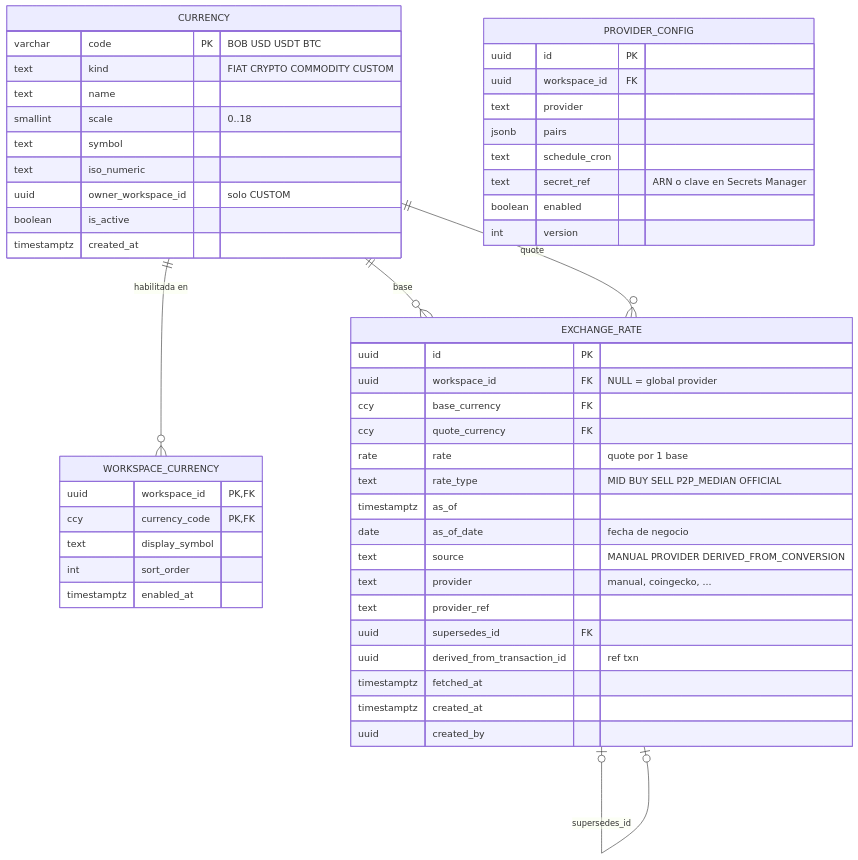
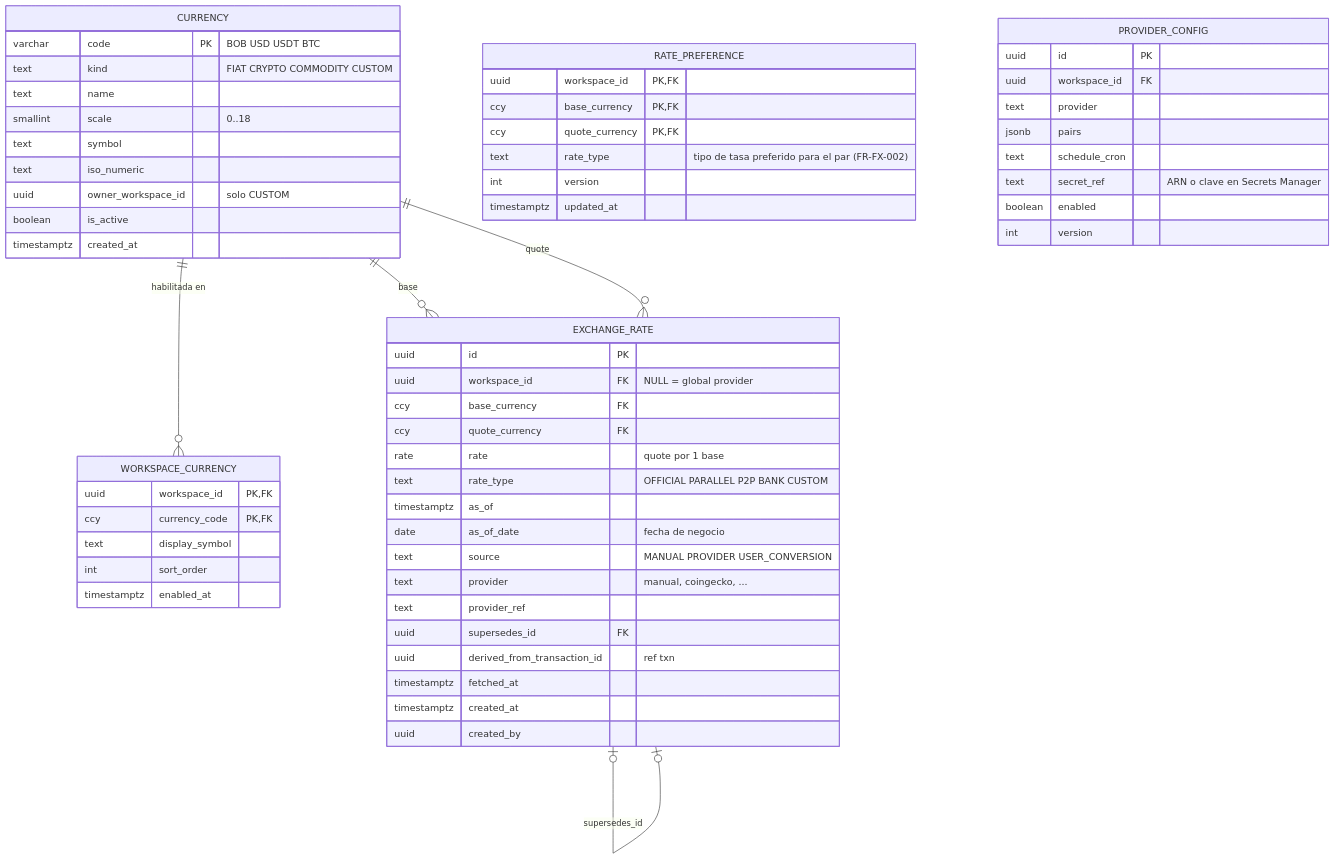
Diagram 12 of 21 in docs/08-data-model.md (manuXD270516/personal-finances), drawn with Mermaid before and after one commit. The commit also changed other lines of this file and 393 other files, not shown here.

````diff
--- a/docs/08-data-model.md
+++ b/docs/08-data-model.md
@@ -947,53 +969,61 @@
 ```mermaid
 erDiagram
   CURRENCY ||--o{ WORKSPACE_CURRENCY : "habilitada en"
   CURRENCY ||--o{ EXCHANGE_RATE : "base"
   CURRENCY ||--o{ EXCHANGE_RATE : "quote"
   EXCHANGE_RATE |o--o| EXCHANGE_RATE : "supersedes_id"
   CURRENCY {
     varchar code PK "BOB USD USDT BTC"
     text kind "FIAT CRYPTO COMMODITY CUSTOM"
     text name
     smallint scale "0..18"
     text symbol
     text iso_numeric
     uuid owner_workspace_id "solo CUSTOM"
     boolean is_active
     timestamptz created_at
   }
   WORKSPACE_CURRENCY {
     uuid workspace_id PK, FK
     ccy currency_code PK, FK
     text display_symbol
     int sort_order
     timestamptz enabled_at
   }
+  RATE_PREFERENCE {
+    uuid workspace_id PK, FK
+    ccy base_currency PK, FK
+    ccy quote_currency PK, FK
+    text rate_type "tipo de tasa preferido para el par (FR-FX-002)"
+    int version
+    timestamptz updated_at
+  }
   EXCHANGE_RATE {
     uuid id PK
     uuid workspace_id FK "NULL = global provider"
     ccy base_currency FK
     ccy quote_currency FK
     rate rate "quote por 1 base"
-    text rate_type "MID BUY SELL P2P_MEDIAN OFFICIAL"
+    text rate_type "OFFICIAL PARALLEL P2P BANK CUSTOM"
     timestamptz as_of
     date as_of_date "fecha de negocio"
-    text source "MANUAL PROVIDER DERIVED_FROM_CONVERSION"
+    text source "MANUAL PROVIDER USER_CONVERSION"
     text provider "manual, coingecko, ..."
     text provider_ref
     uuid supersedes_id FK
     uuid derived_from_transaction_id "ref txn"
     timestamptz fetched_at
     timestamptz created_at
     uuid created_by
   }
   PROVIDER_CONFIG {
     uuid id PK
     uuid workspace_id FK
     text provider
     jsonb pairs
     text schedule_cron
     text secret_ref "ARN o clave en Secrets Manager"
     boolean enabled
     int version
   }
 ```
````
